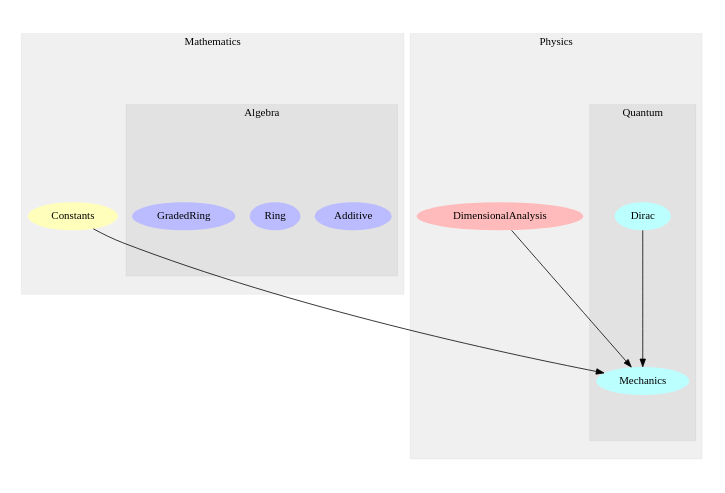
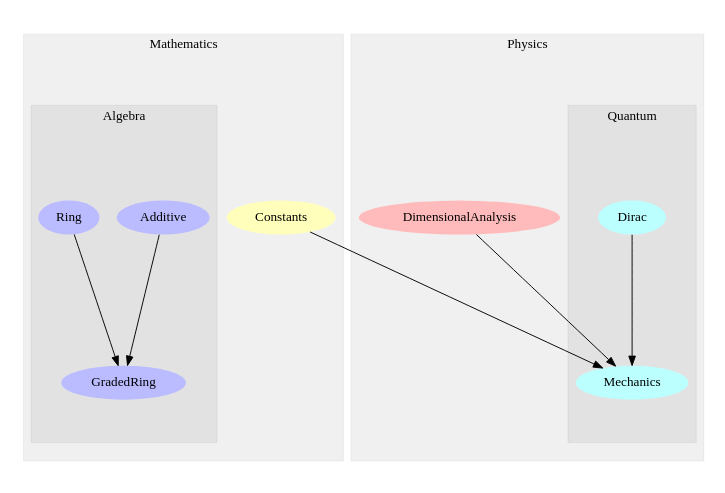
Before and after one commit to wi11dey/Physikell: the diagram in Modules.dot, drawn with Graphviz. The commit also changed 1 other file, not shown here.

```diff
--- a/Modules.dot
+++ b/Modules.dot
@@ -1,55 +1,57 @@
 digraph G {
     graph [size="6,4"];
     graph [ratio=fill];
     subgraph cluster_0 {
         graph [label=Mathematics];
         graph [color="#0000000f"];
         graph [style=filled];
         u3 [label=Constants
            ,style=filled
            ,fillcolor="#ffffbb"
            ,penwidth=0];
         subgraph cluster_1 {
             graph [label=Algebra];
             graph [color="#0000000f"];
             graph [style=filled];
             u0 [label=Additive
                ,style=filled
                ,fillcolor="#bbbbff"
                ,penwidth=0];
             u1 [label=Ring
                ,style=filled
                ,fillcolor="#bbbbff"
                ,penwidth=0];
             u2 [label=GradedRing
                ,style=filled
                ,fillcolor="#bbbbff"
                ,penwidth=0];
         }
     }
     subgraph cluster_2 {
         graph [label=Physics];
         graph [color="#0000000f"];
         graph [style=filled];
         u4 [label=DimensionalAnalysis
            ,style=filled
            ,fillcolor="#ffbbbb"
            ,penwidth=0];
         subgraph cluster_3 {
             graph [label=Quantum];
             graph [color="#0000000f"];
             graph [style=filled];
             u5 [label=Dirac
                ,style=filled
                ,fillcolor="#bbffff"
                ,penwidth=0];
             u6 [label=Mechanics
                ,style=filled
                ,fillcolor="#bbffff"
                ,penwidth=0];
         }
     }
+    u0 -> u2;
+    u1 -> u2;
     u3 -> u6;
     u4 -> u6;
     u5 -> u6;
 }
```
